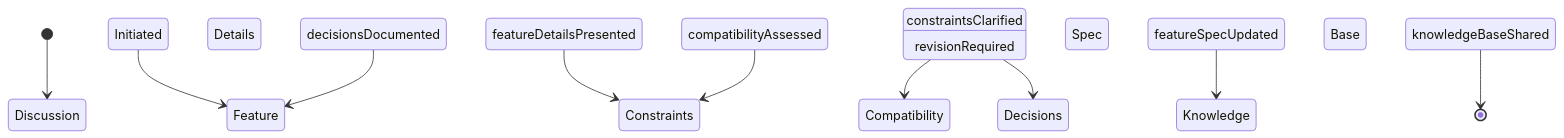
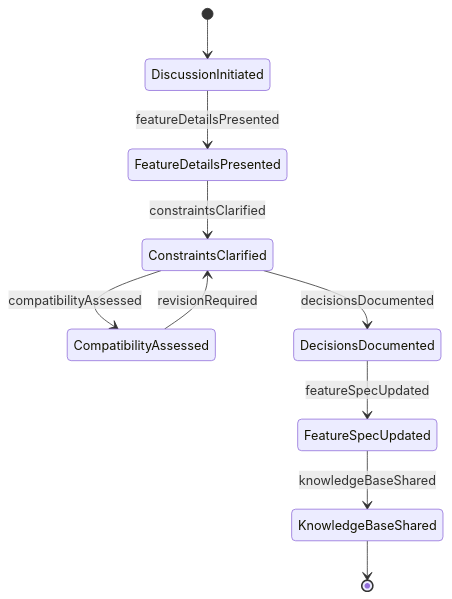
One commit to dot-org-ai/tasks.org.ai changed the second of 4 diagrams in CommunicatingWithSupervisorsPeersOrSubordinates/CommunicateWithOthersAboutSpecificationsOrProjectDetails/DiscussDesignTechnicalFeaturesProducts.mdx. Above: the diagram before and after it, drawn with Mermaid. The commit also changed 515 other files, not shown here.

````diff
--- a/CommunicatingWithSupervisorsPeersOrSubordinates/CommunicateWithOthersAboutSpecificationsOrProjectDetails/DiscussDesignTechnicalFeaturesProducts.mdx
+++ b/CommunicatingWithSupervisorsPeersOrSubordinates/CommunicateWithOthersAboutSpecificationsOrProjectDetails/DiscussDesignTechnicalFeaturesProducts.mdx
@@ -95,12 +95,12 @@
 ```mermaid
 stateDiagram-v2
-    [*] --> Discussion Initiated
-    Discussion Initiated --> Feature Details Presented : featureDetailsPresented
-    Feature Details Presented --> Constraints Clarified : constraintsClarified
-    Constraints Clarified --> Compatibility Assessed : compatibilityAssessed
-    Compatibility Assessed --> Constraints Clarified : revisionRequired
-    Constraints Clarified --> Decisions Documented : decisionsDocumented
-    Decisions Documented --> Feature Spec Updated : featureSpecUpdated
-    Feature Spec Updated --> Knowledge Base Shared : knowledgeBaseShared
-    Knowledge Base Shared --> [*]
+    [*] --> DiscussionInitiated
+    DiscussionInitiated --> FeatureDetailsPresented : featureDetailsPresented
+    FeatureDetailsPresented --> ConstraintsClarified : constraintsClarified
+    ConstraintsClarified --> CompatibilityAssessed : compatibilityAssessed
+    CompatibilityAssessed --> ConstraintsClarified : revisionRequired
+    ConstraintsClarified --> DecisionsDocumented : decisionsDocumented
+    DecisionsDocumented --> FeatureSpecUpdated : featureSpecUpdated
+    FeatureSpecUpdated --> KnowledgeBaseShared : knowledgeBaseShared
+    KnowledgeBaseShared --> [*]
 ```
````
